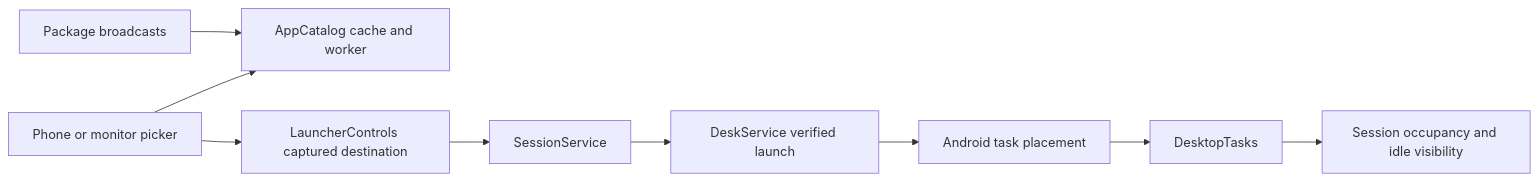
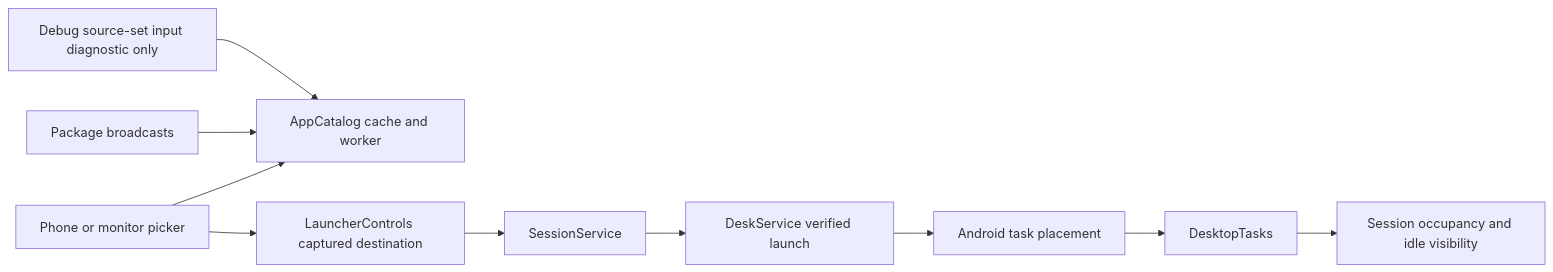
Before and after one commit to PhiLong-Ho/DexDroid: the first of 2 diagrams in docs/architecture/features/app-launcher.md, drawn with Mermaid. The commit also changed other lines of this file and 24 other files, not shown here.

````diff
--- a/docs/architecture/features/app-launcher.md
+++ b/docs/architecture/features/app-launcher.md
@@ -14,11 +14,12 @@
 ```mermaid
 flowchart LR
     UI[Phone or monitor picker] --> Catalog[AppCatalog cache and worker]
     Packages[Package broadcasts] --> Catalog
+    Debug[Debug source-set input diagnostic only] --> Catalog
     UI --> Choice[LauncherControls captured destination]
     Choice --> Session[SessionService]
     Session --> Shell[DeskService verified launch]
     Shell --> Tasks[Android task placement]
     Tasks --> Observer[DesktopTasks]
     Observer --> Idle[Session occupancy and idle visibility]
 ```
````
